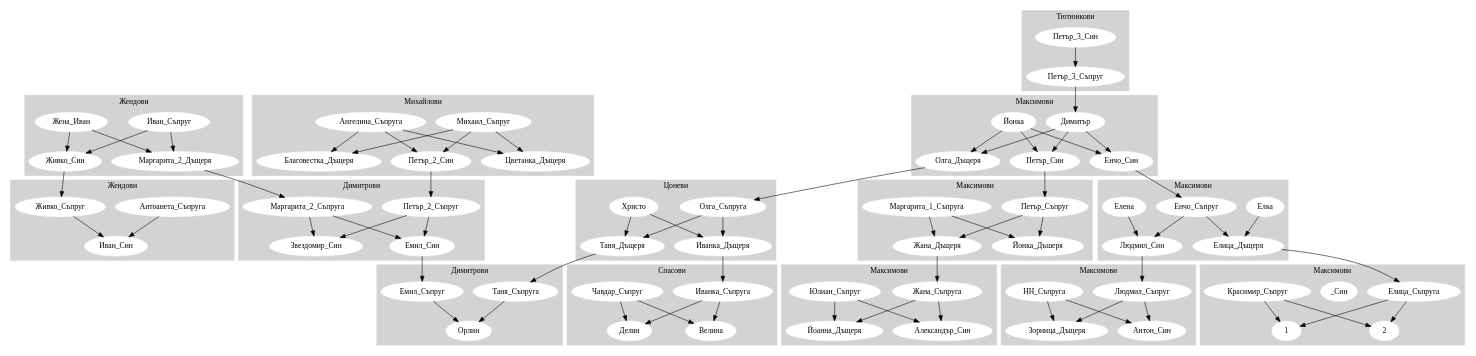
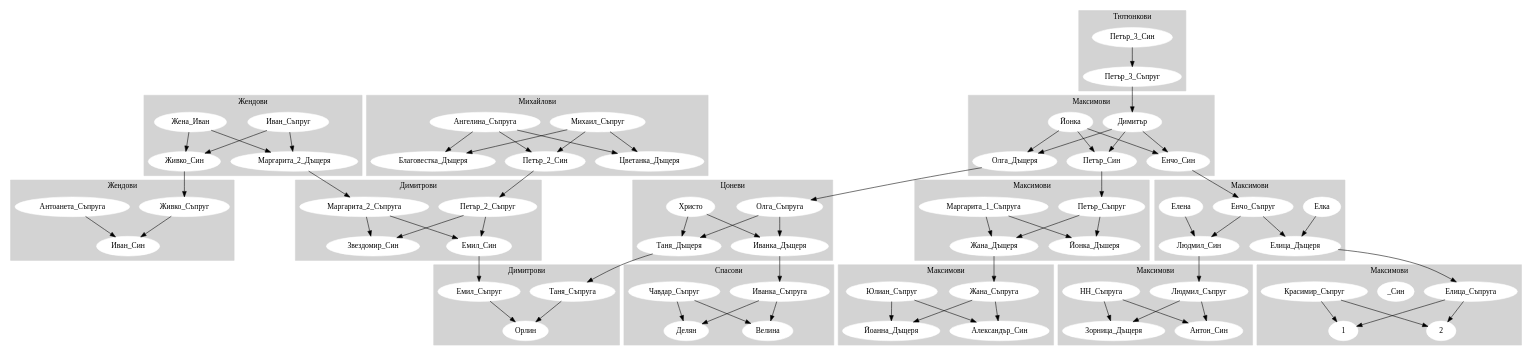
The diagram in tree.dot (orlin369/tree), drawn with Graphviz before and after one commit. The commit also changed 1 other file, not shown here.

```diff
--- a/tree.dot
+++ b/tree.dot
@@ -1,167 +1,170 @@
 digraph G {
   
   subgraph cluster_1 {
     label = "Максимови";
     style=filled;
     color=lightgrey;
     node [style=filled,color=white];
     Димитър->Олга_Дъщеря;
     Йонка->Олга_Дъщеря;
     Димитър->Петър_Син;
     Йонка->Петър_Син;
     Димитър->Енчо_Син;
     Йонка->Енчо_Син;
   }
 
   subgraph cluster_2 {
     label = "Цоневи";
     style=filled;
     color=lightgrey;
     node [style=filled,color=white];
     Олга_Дъщеря->Олга_Съпруга;
     Олга_Съпруга->Иванка_Дъщеря;
     Олга_Съпруга->Таня_Дъщеря;
     Христо->Иванка_Дъщеря;
     Христо->Таня_Дъщеря;
   }
 
   subgraph cluster_3 {
     label = "Спасови";
     style=filled;
     color=lightgrey;
     node [style=filled,color=white];
     Иванка_Дъщеря->Иванка_Съпруга;
     Чавдар_Съпруг->Делян;
     Иванка_Съпруга->Делян;
     Чавдар_Съпруг->Велина;
     Иванка_Съпруга->Велина;
   }
   
   subgraph cluster_4 {
     label = "Димитрови";
     style=filled;
     color=lightgrey;
     node [style=filled,color=white];
+
     Таня_Дъщеря->Таня_Съпруга;
+    Емил_Съпруг->Орлин;
     Таня_Съпруга->Орлин;
-    Емил_Съпруг->Орлин;
   }
 
   subgraph cluster_5 {
     label = "Максимови";
     style=filled;
     color=lightgrey;
     node [style=filled,color=white];
     Енчо_Син->Енчо_Съпруг;
     Елена->Людмил_Син;
     Елка->Елица_Дъщеря;
     Енчо_Съпруг->Людмил_Син;
     Енчо_Съпруг->Елица_Дъщеря;
   }
 
   subgraph cluster_6 {
     label = "Максимови";
     style=filled;
     color=lightgrey;
     node [style=filled,color=white];
     Петър_Син->Петър_Съпруг;
     Маргарита_1_Съпруга->Жана_Дъщеря;
     Петър_Съпруг->Жана_Дъщеря;
     Маргарита_1_Съпруга->Йонка_Дъшеря;
     Петър_Съпруг->Йонка_Дъшеря;
   }
   
   subgraph cluster_7 {
     label = "Максимови";
     style=filled;
     color=lightgrey;
     node [style=filled,color=white];
     Жана_Дъщеря->Жана_Съпруга;
     Жана_Съпруга->Йоанна_Дъщеря;
     Юлиан_Съпруг->Йоанна_Дъщеря;
     Жана_Съпруга->Александър_Син;
     Юлиан_Съпруг->Александър_Син;
   }
 
   subgraph cluster_8 {
     label = "Максимови";
     style=filled;
     color=lightgrey;
     node [style=filled,color=white];
     Людмил_Син->Людмил_Съпруг;
     НН_Съпруга->Зорница_Дъщеря;
     Людмил_Съпруг->Зорница_Дъщеря;
     НН_Съпруга->Антон_Син;
     Людмил_Съпруг->Антон_Син;
   }
 
   subgraph cluster_9 {
     label = "Максимови";
     style=filled;
     color=lightgrey;
     node [style=filled,color=white];
     Елица_Дъщеря->Елица_Съпруга;
     Елица_Съпруга->1_Син;
     Красимир_Съпруг->1_Син;
     Елица_Съпруга->2_Син;
     Красимир_Съпруг->2_Син;
   }
 
   subgraph cluster_10 {
     label = "Жендови";
     style=filled;
     color=lightgrey;
     node [style=filled,color=white];
     Иван_Съпруг->Живко_Син;
     Жена_Иван->Живко_Син;
     Иван_Съпруг->Маргарита_2_Дъщеря;
     Жена_Иван->Маргарита_2_Дъщеря;
   }
 
   subgraph cluster_11 {
     label = "Жендови";
     style=filled;
     color=lightgrey;
     node [style=filled,color=white];
+    Живко_Син->Живко_Съпруг;
+    Живко_Съпруг->Иван_Син;
     Антоанета_Съпруга->Иван_Син;
-    Живко_Съпруг->Иван_Син;
-    Живко_Син->Живко_Съпруг;
   }
 
   subgraph cluster_12 {
     label = "Димитрови";
     style=filled;
     color=lightgrey;
     node [style=filled,color=white];
+    Маргарита_2_Дъщеря->Маргарита_2_Съпруга;
     Петър_2_Съпруг->Звездомир_Син;
     Маргарита_2_Съпруга->Звездомир_Син;
     Петър_2_Съпруг->Емил_Син;
     Маргарита_2_Съпруга->Емил_Син;
-    Маргарита_2_Дъщеря->Маргарита_2_Съпруга;
+    
     Емил_Син->Емил_Съпруг
   }
 
   subgraph cluster_13 {
     label = "Михайлови";
     style=filled;
     color=lightgrey;
     node [style=filled,color=white];
     Михаил_Съпруг->Благовестка_Дъщеря;
     Ангелина_Съпруга->Благовестка_Дъщеря;
     Михаил_Съпруг->Петър_2_Син;
     Ангелина_Съпруга->Петър_2_Син;
     Михаил_Съпруг->Цветанка_Дъщеря;
     Ангелина_Съпруга->Цветанка_Дъщеря;
+
     Петър_2_Син->Петър_2_Съпруг;
   }
 
   subgraph cluster_14 {
     label = "Тютюнкови";
     style=filled;
     color=lightgrey;
     node [style=filled,color=white];
     Петър_3_Син->Петър_3_Съпруг;
     Петър_3_Съпруг->Димитър;
   }
 
 }
```
